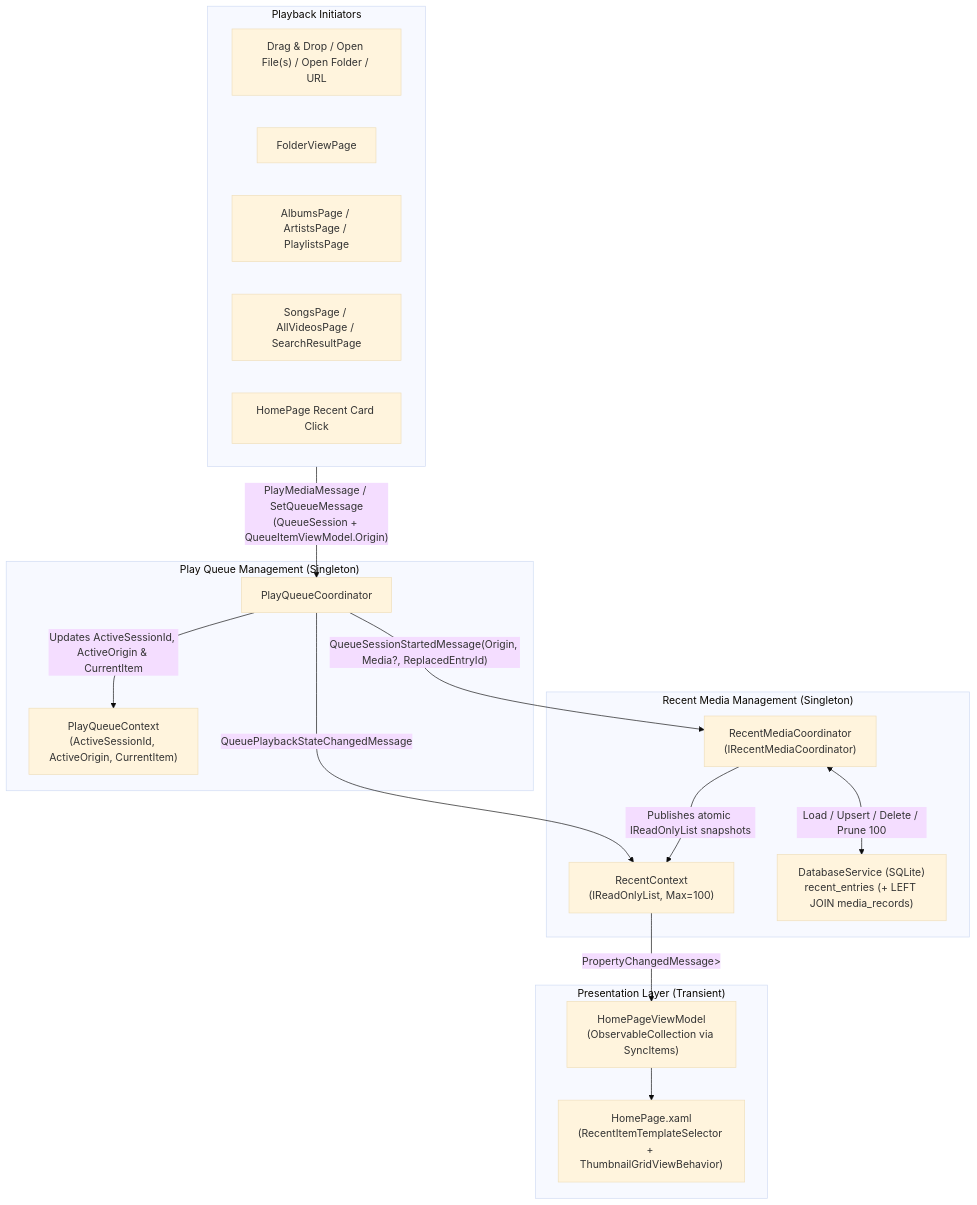
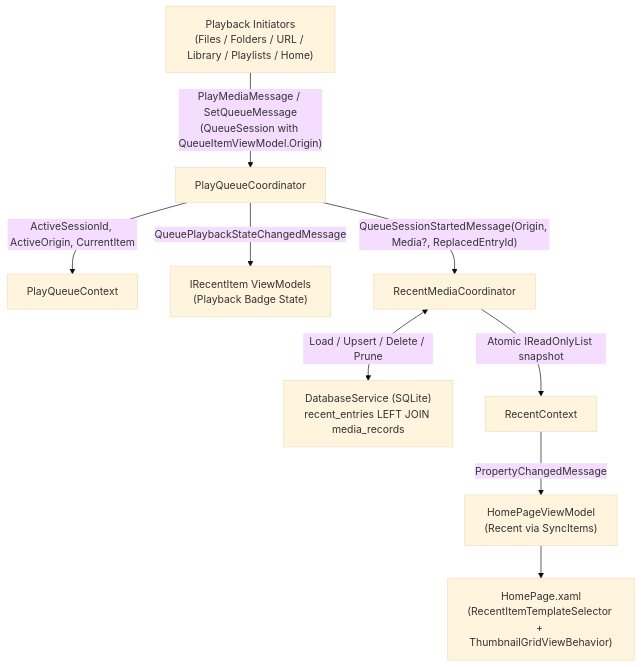
Before and after one commit to huynhsontung/Screenbox: the diagram in docs/RECENT_MEDIA_TRACKING.md, drawn with Mermaid (base theme). The commit also changed other lines of this file, not shown here.

Commit message:
docs(recent): update recent media tracking architecture documentation

````diff
--- a/docs/RECENT_MEDIA_TRACKING.md
+++ b/docs/RECENT_MEDIA_TRACKING.md
@@ -40,35 +11,11 @@
 ```mermaid
 flowchart TD
-    subgraph PlaybackInitiators["Playback Initiators"]
-        Drop["Drag & Drop / Open File(s) / Open Folder / URL"]
-        FolderView["FolderViewPage"]
-        Library["AlbumsPage / ArtistsPage / PlaylistsPage"]
-        LibWide["SongsPage / AllVideosPage / SearchResultPage"]
-        HomeCard["HomePage Recent Card Click"]
-    end
-
-    subgraph CoreQueue["Play Queue Management (Singleton)"]
-        PQC["PlayQueueCoordinator"]
-        PQContext["PlayQueueContext\n(ActiveSessionId, ActiveOrigin, CurrentItem)"]
-    end
-
-    subgraph RecentManagement["Recent Media Management (Singleton)"]
-        RMC["RecentMediaCoordinator\n(IRecentMediaCoordinator)"]
-        RContext["RecentContext\n(IReadOnlyList<IRecentItem>, Max=100)"]
-        DB["DatabaseService (SQLite)\nrecent_entries (+ LEFT JOIN media_records)"]
-    end
-
-    subgraph UI["Presentation Layer (Transient)"]
-        HPVM["HomePageViewModel\n(ObservableCollection<IRecentItem> via SyncItems)"]
-        HP["HomePage.xaml\n(RecentItemTemplateSelector + ThumbnailGridViewBehavior)"]
-    end
-
-    PlaybackInitiators -->|"PlayMediaMessage / SetQueueMessage\n(QueueSession + QueueItemViewModel.Origin)"| PQC
-    PQC -->|"Updates ActiveSessionId, ActiveOrigin & CurrentItem"| PQContext
-    PQC -->|"QueuePlaybackStateChangedMessage"| RContext
-    PQC -->|"QueueSessionStartedMessage(Origin, Media?, ReplacedEntryId)"| RMC
-    RMC <-->|"Load / Upsert / Delete / Prune 100"| DB
-    RMC -->|"Publishes atomic IReadOnlyList<IRecentItem> snapshots"| RContext
-    RContext -->|"PropertyChangedMessage<IReadOnlyList<IRecentItem>>"| HPVM
-    HPVM --> HP
+    Initiators["Playback Initiators\n(Files / Folders / URL / Library / Playlists / Home)"] -->|"PlayMediaMessage / SetQueueMessage\n(QueueSession with QueueItemViewModel.Origin)"| PQC["PlayQueueCoordinator"]
+    PQC -->|"ActiveSessionId, ActiveOrigin, CurrentItem"| PQContext["PlayQueueContext"]
+    PQC -->|"QueuePlaybackStateChangedMessage"| Cards["IRecentItem ViewModels\n(Playback Badge State)"]
+    PQC -->|"QueueSessionStartedMessage(Origin, Media?, ReplacedEntryId)"| RMC["RecentMediaCoordinator"]
+    RMC <-->|"Load / Upsert / Delete / Prune"| DB["DatabaseService (SQLite)\nrecent_entries LEFT JOIN media_records"]
+    RMC -->|"Atomic IReadOnlyList<IRecentItem> snapshot"| RContext["RecentContext"]
+    RContext -->|"PropertyChangedMessage"| HPVM["HomePageViewModel\n(Recent via SyncItems)"]
+    HPVM --> HP["HomePage.xaml\n(RecentItemTemplateSelector + ThumbnailGridViewBehavior)"]
 ```
````
